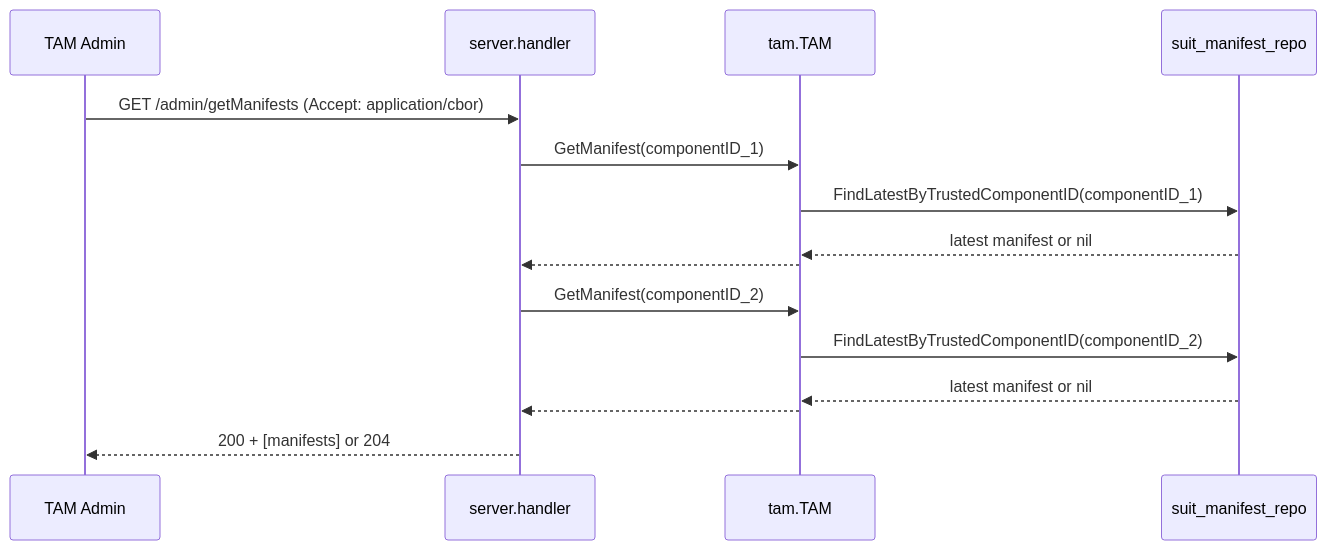
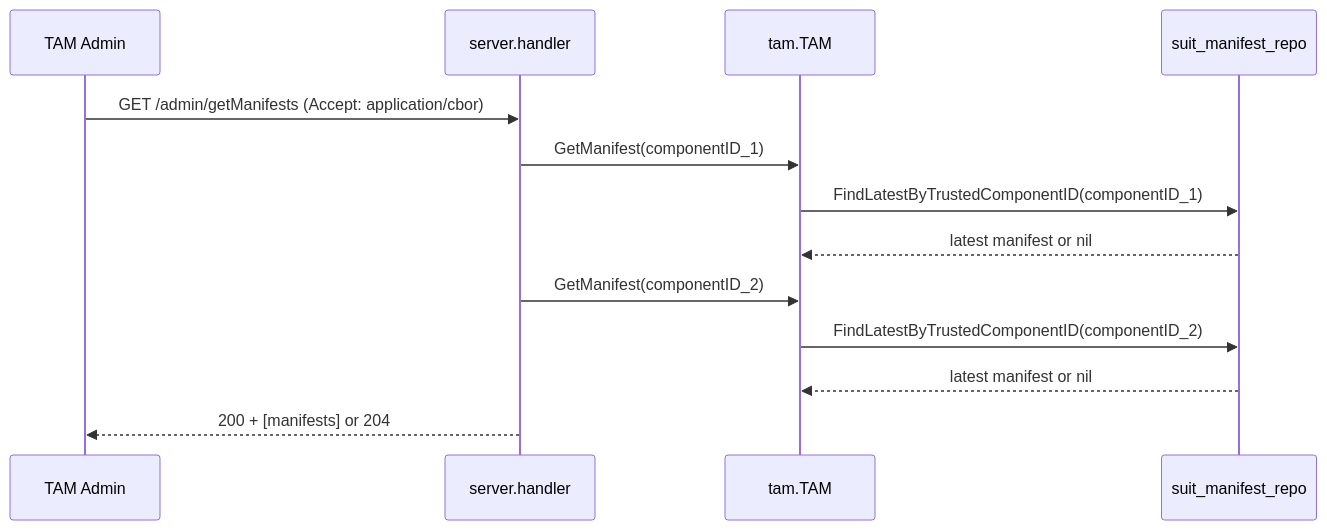
Before and after one commit to kentakayama/AttesTAM: the second of 3 diagrams in doc/SUIT_MANIFEST_STORE.md, drawn with Mermaid. The commit also changed other lines of this file and 4 other files, not shown here.

````diff
--- a/doc/SUIT_MANIFEST_STORE.md
+++ b/doc/SUIT_MANIFEST_STORE.md
@@ -67,18 +67,16 @@
 ```mermaid
 sequenceDiagram
     participant Admin as TAM Admin
     participant H as server.handler
     participant T as tam.TAM
     participant DB as suit_manifest_repo
 
     Admin->>H: GET /admin/getManifests (Accept: application/cbor)
     H->>T: GetManifest(componentID_1)
     T->>DB: FindLatestByTrustedComponentID(componentID_1)
     DB-->>T: latest manifest or nil
-    T-->>H:
     H->>T: GetManifest(componentID_2)
     T->>DB: FindLatestByTrustedComponentID(componentID_2)
     DB-->>T: latest manifest or nil
-    T-->>H:
     H-->>Admin: 200 + [manifests] or 204
 ```
````
